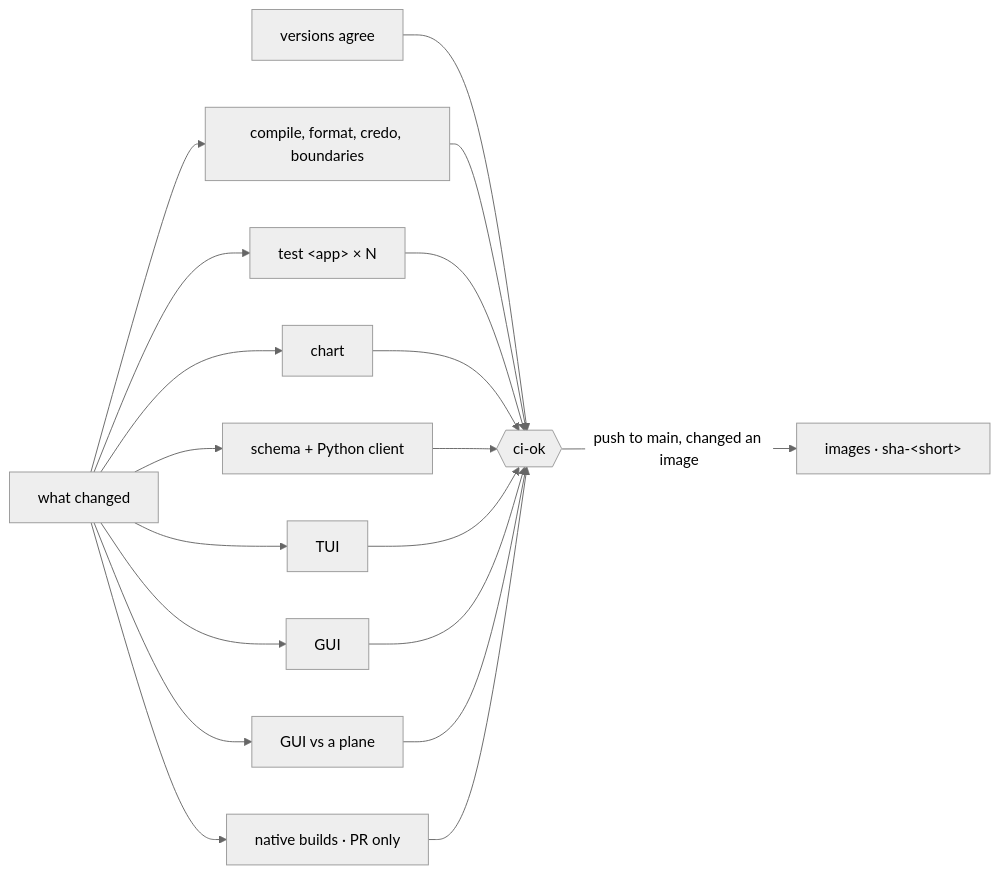
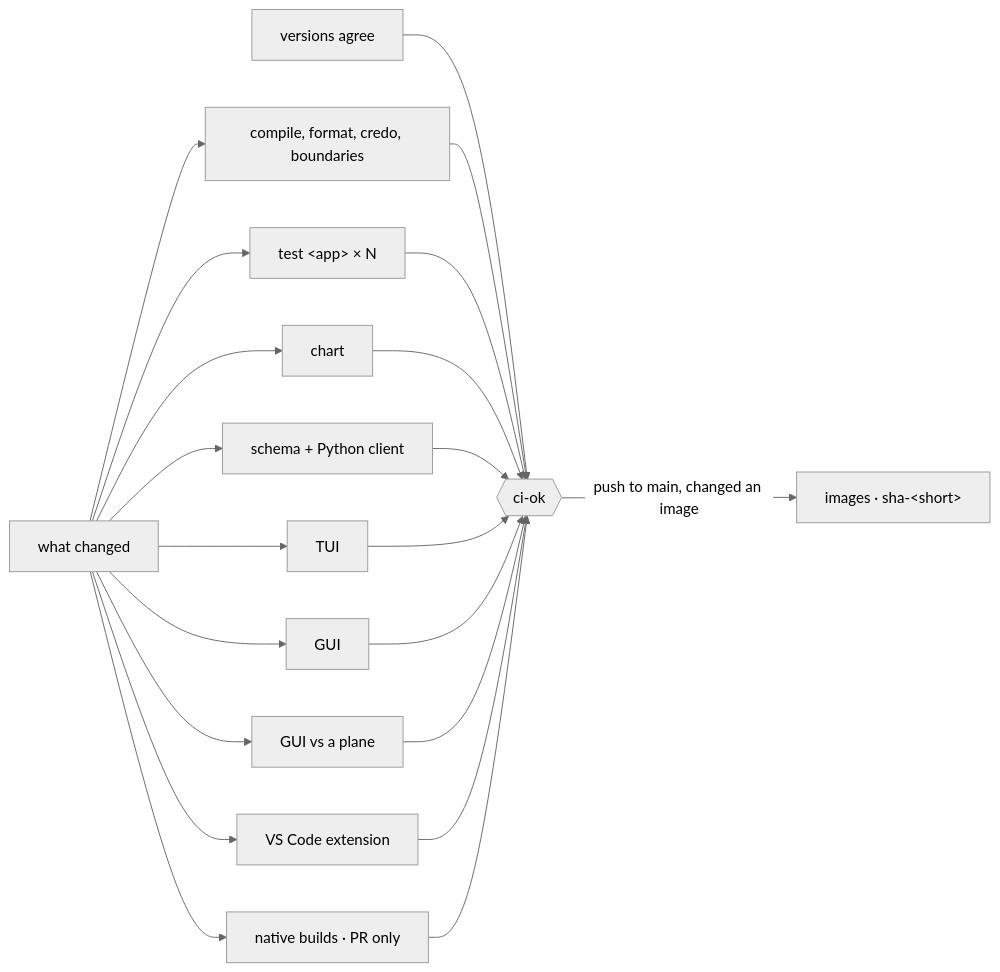
The second of 4 diagrams in docs/developer/ci.md (it-minds/troupe), drawn with Mermaid (neutral theme) before and after one commit. The commit also changed other lines of this file and 36 other files, not shown here.

````diff
--- a/docs/developer/ci.md
+++ b/docs/developer/ci.md
@@ -59,9 +60,9 @@
 ```mermaid
 flowchart LR
   changes[what changed] --> lint[compile, format, credo, boundaries]
   changes --> test["test &lt;app&gt; × N"]
-  changes --> chart & protocol[schema + Python client] & tui[TUI] & gui[GUI] & e2e[GUI vs a plane] & native[native builds · PR only]
+  changes --> chart & protocol[schema + Python client] & tui[TUI] & gui[GUI] & e2e[GUI vs a plane] & vscode[VS Code extension] & native[native builds · PR only]
   versions[versions agree] --> ok
-  lint & test & chart & protocol & tui & gui & e2e & native --> ok{{ci-ok}}
+  lint & test & chart & protocol & tui & gui & e2e & vscode & native --> ok{{ci-ok}}
   ok -->|push to main, changed an image| images[images · sha-&lt;short&gt;]
 ```
````
